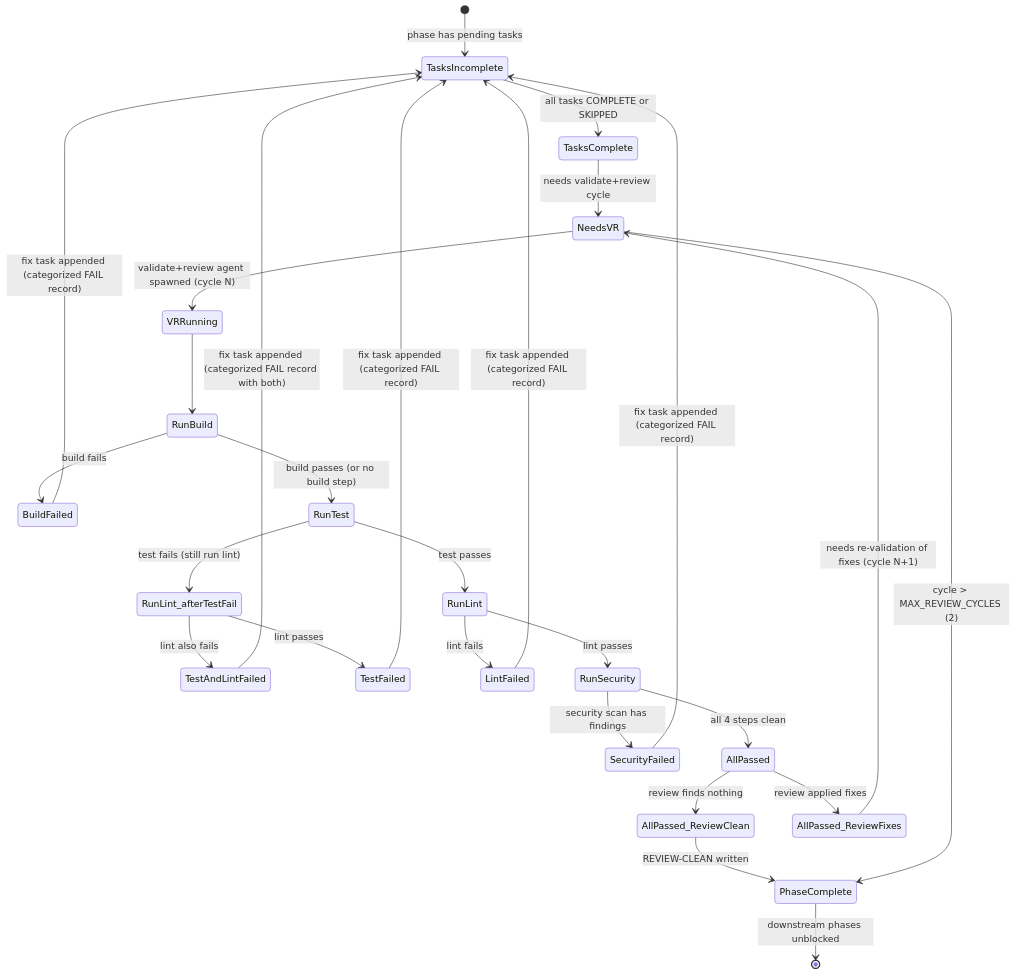
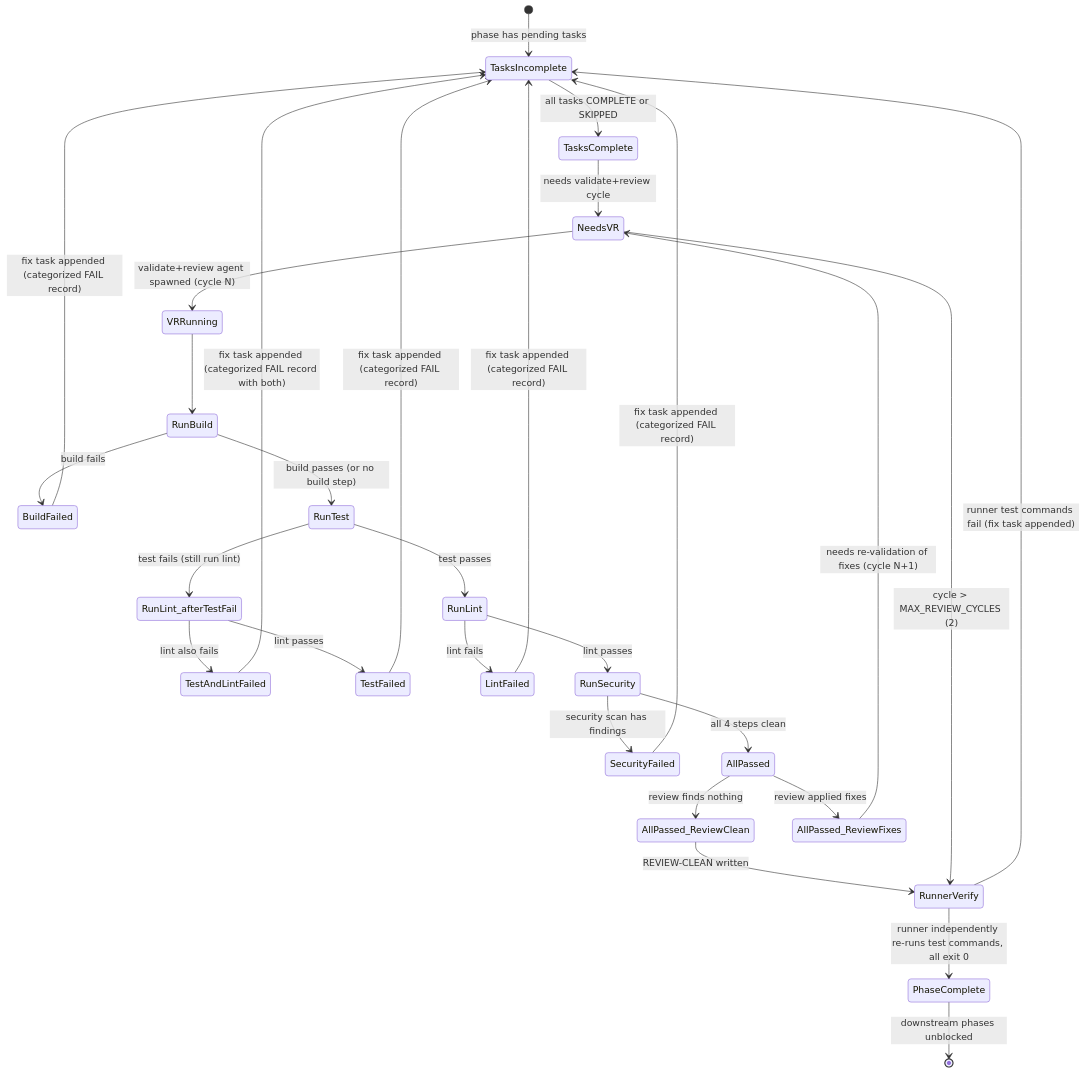
One commit to mmmaxwwwell/agent-framework changed the third of 5 diagrams in .claude/skills/spec-kit/parallel-runner-state-machine.md. Above: the diagram before and after it, drawn with Mermaid. The commit also changed other lines of this file and 3 other files, not shown here.

First line of the commit message:
feat(spec-kit): replace log-idle watchdog with wall-clock timeout, add runner-verify and platform improvements

````diff
--- a/.claude/skills/spec-kit/parallel-runner-state-machine.md
+++ b/.claude/skills/spec-kit/parallel-runner-state-machine.md
@@ -206,40 +209,43 @@
 ```mermaid
 stateDiagram-v2
     [*] --> TasksIncomplete : phase has pending tasks
 
     TasksIncomplete --> TasksComplete : all tasks COMPLETE or SKIPPED
 
     TasksComplete --> NeedsVR : needs validate+review cycle
 
     NeedsVR --> VRRunning : validate+review agent spawned (cycle N)
 
     VRRunning --> RunBuild
     RunBuild --> BuildFailed : build fails
     RunBuild --> RunTest : build passes (or no build step)
 
     RunTest --> RunLint_afterTestFail : test fails (still run lint)
     RunTest --> RunLint : test passes
 
     RunLint_afterTestFail --> TestAndLintFailed : lint also fails
     RunLint_afterTestFail --> TestFailed : lint passes
     RunLint --> LintFailed : lint fails
     RunLint --> RunSecurity : lint passes
 
     RunSecurity --> SecurityFailed : security scan has findings
     RunSecurity --> AllPassed : all 4 steps clean
 
     AllPassed --> AllPassed_ReviewClean : review finds nothing
     AllPassed --> AllPassed_ReviewFixes : review applied fixes
 
     BuildFailed --> TasksIncomplete : fix task appended (categorized FAIL record)
     TestFailed --> TasksIncomplete : fix task appended (categorized FAIL record)
     TestAndLintFailed --> TasksIncomplete : fix task appended (categorized FAIL record with both)
     LintFailed --> TasksIncomplete : fix task appended (categorized FAIL record)
     SecurityFailed --> TasksIncomplete : fix task appended (categorized FAIL record)
-    AllPassed_ReviewClean --> PhaseComplete : REVIEW-CLEAN written
+    AllPassed_ReviewClean --> RunnerVerify : REVIEW-CLEAN written
     AllPassed_ReviewFixes --> NeedsVR : needs re-validation of fixes (cycle N+1)
 
-    NeedsVR --> PhaseComplete : cycle > MAX_REVIEW_CYCLES (2)
+    RunnerVerify --> PhaseComplete : runner independently re-runs test commands, all exit 0
+    RunnerVerify --> TasksIncomplete : runner test commands fail (fix task appended)
+
+    NeedsVR --> RunnerVerify : cycle > MAX_REVIEW_CYCLES (2)
 
     PhaseComplete --> [*] : downstream phases unblocked
 ```
````
